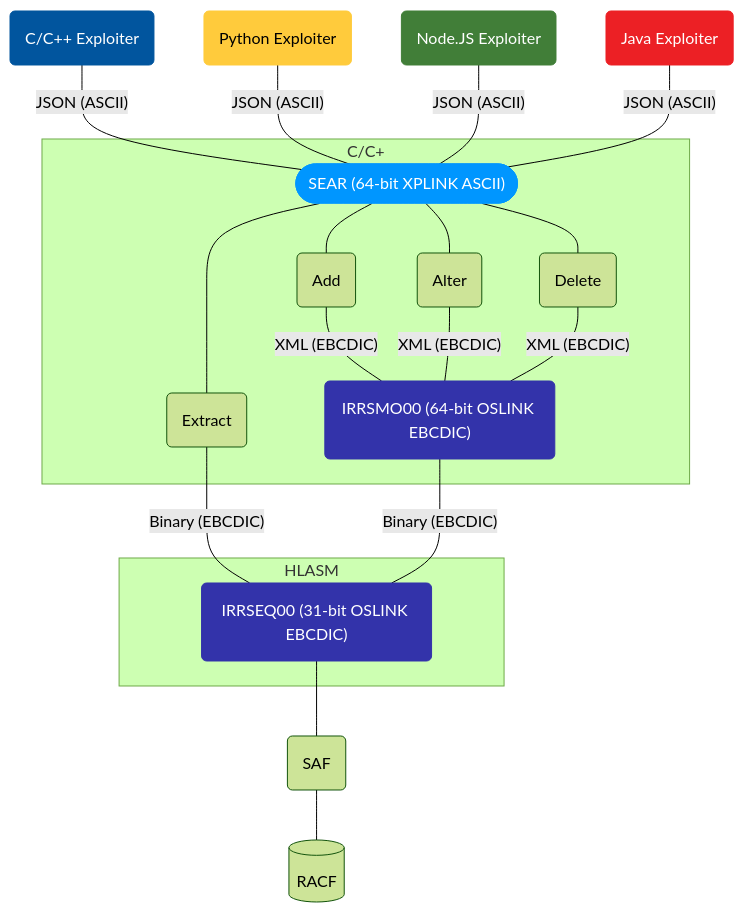
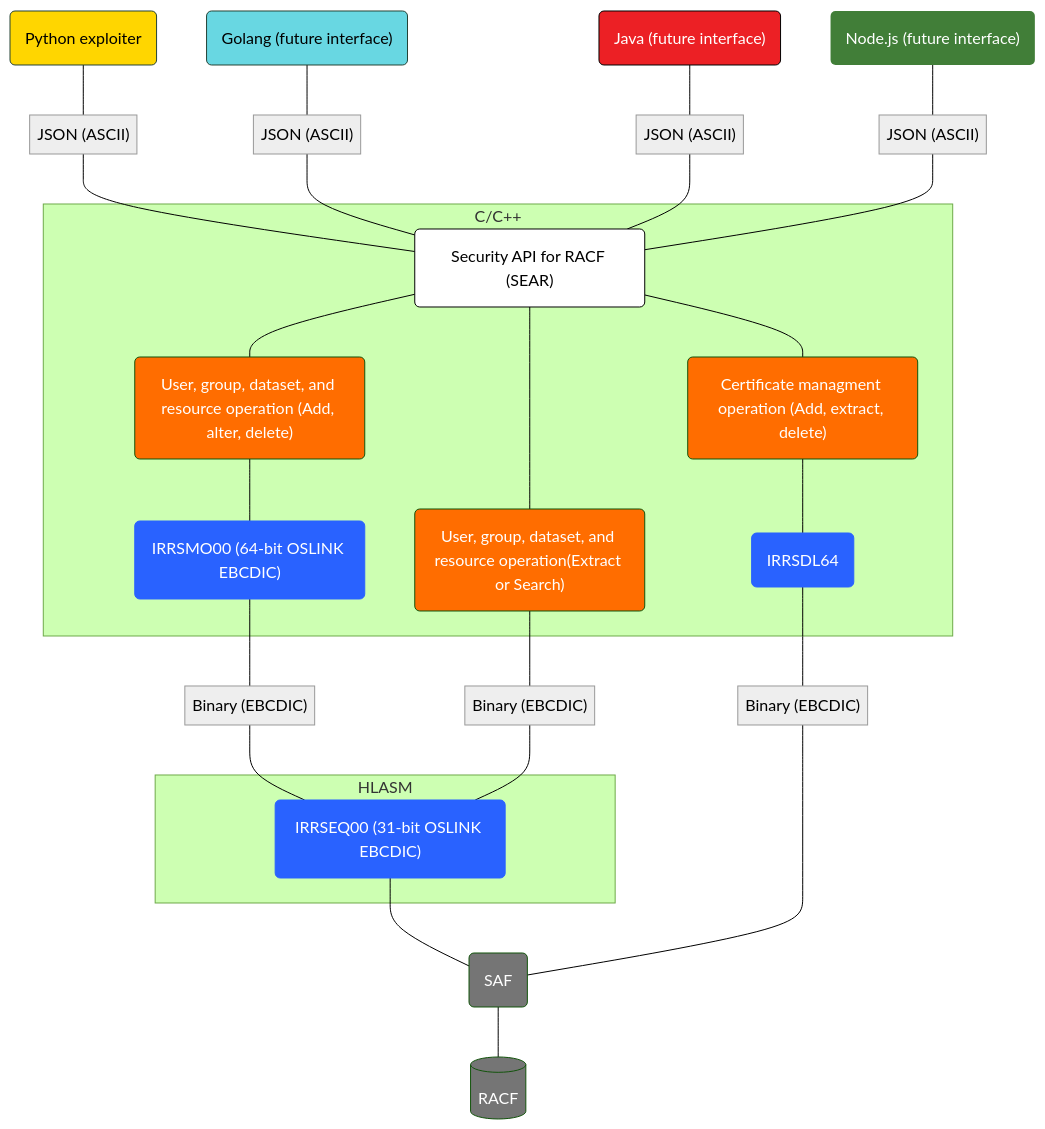
Before and after one commit to Mainframe-Renewal-Project/sear-docs: the diagram in index.md, drawn with Mermaid (forest theme).

Commit message:
Added new diagram

```diff
--- a/index.md
+++ b/index.md
@@ -96,31 +96,99 @@
 <pre class="mermaid">
-  flowchart TD
-    c(C/C++ Exploiter)-- JSON (ASCII) ---SEAR
-    style c fill:#01559e,color:#fff,stroke:#01559e
-    python(Python Exploiter)-- JSON (ASCII) ---SEAR
-    style python fill:#ffcb3c,color:#000,stroke:#ffcb3c
-    nodejs(Node.JS Exploiter)-- JSON (ASCII) ---SEAR
-    style nodejs fill:#417e38,color:#fff,stroke:#417e38
-    java(Java Exploiter)-- JSON (ASCII) ---SEAR
-    style java fill:#ec2025,color:#fff,stroke:#ec2025
-    subgraph C/C+
-        SEAR(["SEAR (64-bit XPLINK ASCII)"])
-        style SEAR fill:#0096ff,color:#fff,stroke:#0096ff
-        SEAR --- Extract(Extract)
-        SEAR --- Add(Add)
-        SEAR --- Alter(Alter)
-        SEAR --- Delete(Delete)
-        Add-- XML (EBCDIC) ---IRRSMO00("IRRSMO00 (64-bit OSLINK EBCDIC)")
-        Alter-- XML (EBCDIC) ---IRRSMO00
-        Delete-- XML (EBCDIC) ---IRRSMO00
-        style IRRSMO00 fill:#33a,color:#fff,stroke:#33a
-    end
-    subgraph HLASM
-        Extract-- Binary (EBCDIC) ---IRRSEQ00("IRRSEQ00 (31-bit OSLINK EBCDIC)")
-        IRRSMO00-- Binary (EBCDIC) ---IRRSEQ00
-        style IRRSEQ00 fill:#33a,color:#fff,stroke:#33a
-    end
-    IRRSEQ00 --- SAF(SAF)
-    SAF --- RACF[(RACF)]
+flowchart TD
+ subgraph s1["C/C++"]
+        n1["Security API for RACF (SEAR)"]
+        n2@{ label: "<span style=\"padding-left:\">IRRSMO00 (64-bit OSLINK EBCDIC)</span>" }
+        n5["User, group, dataset, and resource operation (Add, alter, delete)"]
+        n11["IRRSDL64"]
+        n12["Certificate managment operation (Add, extract, delete)"]
+        n7@{ label: "<span style=\"padding-left:\">User, group, dataset, and resource operation</span>(Extract or Search)" }
+  end
+ subgraph s2["HLASM"]
+        n4["IRRSEQ00 (31-bit OSLINK EBCDIC)"]
+  end
+    A["Python exploiter"] --- n3@{ label: "<span style=\"padding-left:\">JSON (ASCII)</span>" }
+    n3 --- n1
+    n1 --- n5 & n7 & n12
+    n5 --- n2
+    n2 --- n6["Binary (EBCDIC)"]
+    n6 --- n4
+    n7 --- n8["Binary (EBCDIC)"]
+    n8 --- n4
+    n10["SAF"] --- n9["RACF"]
+    n4 --- n10
+    n12 --- n11
+    n13["Golang (future interface)"] --- n14@{ label: "<span style=\"padding-left:\">JSON (ASCII)</span>" }
+    n14 --- n1
+    n15["Java (future interface)"] --- n16@{ label: "<span style=\"padding-left:\">JSON (ASCII)</span>" }
+    n16 --- n1
+    n17["Node.js (future interface)"] --- n18@{ label: "<span style=\"padding-left:\">JSON (ASCII)</span>" }
+    n18 --- n1
+    n11 --- n19["Binary (EBCDIC)"]
+    n19 --- n10
+    n1@{ shape: rounded}
+    n2@{ shape: rounded}
+    n5@{ shape: rounded}
+    n11@{ shape: rounded}
+    n12@{ shape: rounded}
+    n7@{ shape: rounded}
+    n4@{ shape: rounded}
+    A@{ shape: rounded}
+    n3@{ shape: text}
+    n6@{ shape: text}
+    n8@{ shape: text}
+    n10@{ shape: rounded}
+    n9@{ shape: cyl}
+    n13@{ shape: rounded}
+    n14@{ shape: text}
+    n15@{ shape: rounded}
+    n16@{ shape: text}
+    n17@{ shape: rounded}
+    n18@{ shape: text}
+    n19@{ shape: text}
+     n1:::Class_08
+     n2:::Class_06
+     n5:::Class_07
+     n11:::Class_06
+     n12:::Class_07
+     n7:::Class_07
+     n4:::Class_06
+     A:::Pine
+     A:::Class_01
+     A:::Class_01
+     A:::Class_01
+     n3:::Ash
+     n6:::Ash
+     n8:::Ash
+     n10:::Class_05
+     n9:::Class_05
+     n13:::Pine
+     n13:::Class_01
+     n13:::Class_02
+     n14:::Ash
+     n15:::Pine
+     n15:::Class_01
+     n15:::Class_02
+     n15:::Class_03
+     n15:::Class_03
+     n16:::Ash
+     n17:::Pine
+     n17:::Class_01
+     n17:::Class_02
+     n17:::Class_03
+     n17:::Class_03
+     n17:::Class_04
+     n18:::Ash
+     n19:::Ash
+    classDef Pine stroke-width:1px, stroke-dasharray:none, stroke:#254336, fill:#27654A, color:#FFFFFF
+    classDef Class_02 fill:#68d7e2, color:#000000
+    classDef Class_03 fill:#ec2025, color:#FFFFFF, stroke:#000000
+    classDef Class_01 fill:#FFD600, color:#000000
+    classDef Class_04 fill:#417e38, color:#FFFFFF, stroke:transparent
+    classDef Ash stroke-width:1px, stroke-dasharray:none, stroke:#999999, fill:#EEEEEE, color:#000000
+    classDef Class_06 stroke:#2962FF, fill:#2962FF, color:#FFFFFF
+    classDef Class_05 fill:#757575, color:#FFFFFF
+    classDef Class_07 fill:#FF6D00, color:#FFFFFF
+    classDef Class_08 fill:#FFFFFF, color:#000000, stroke:#000000
+
 
 </pre>
```
